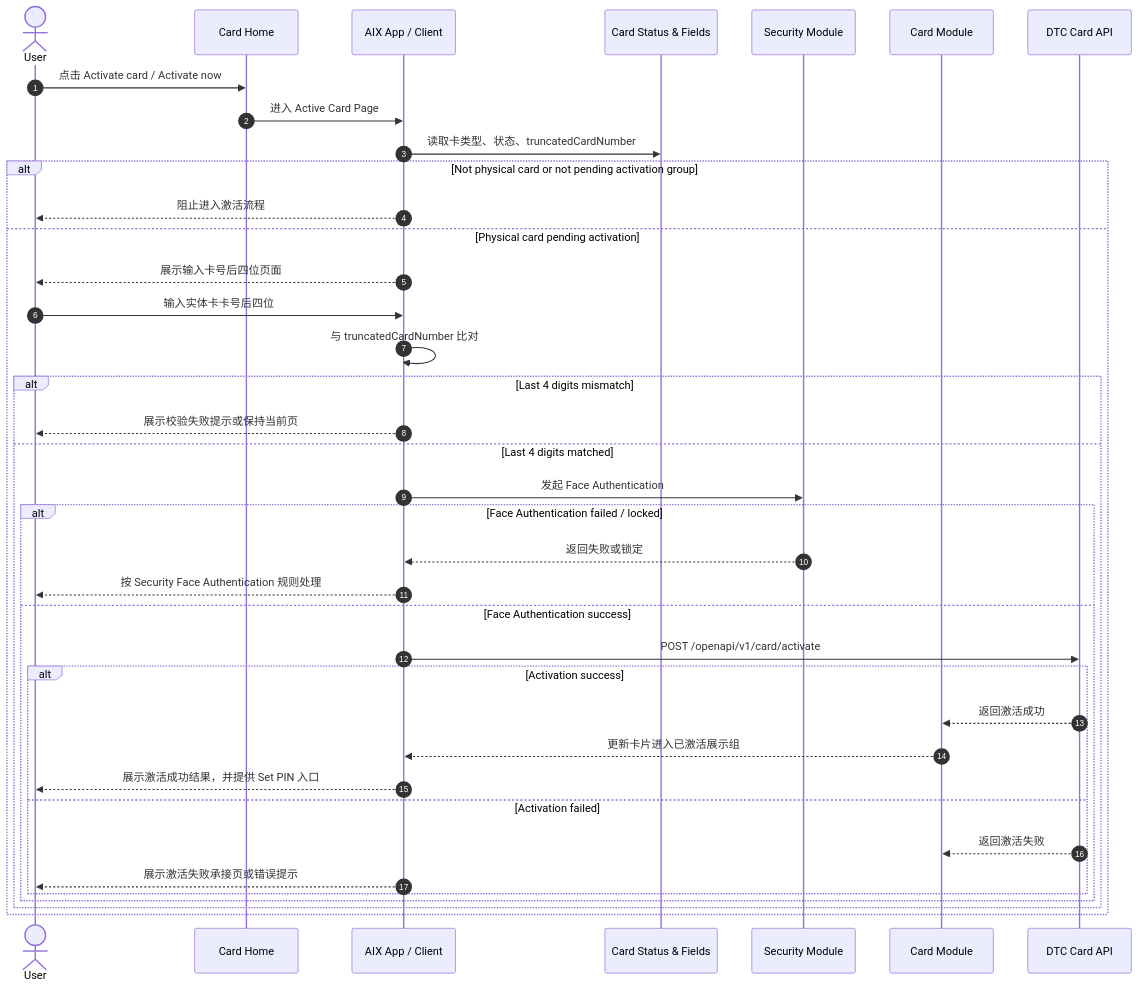
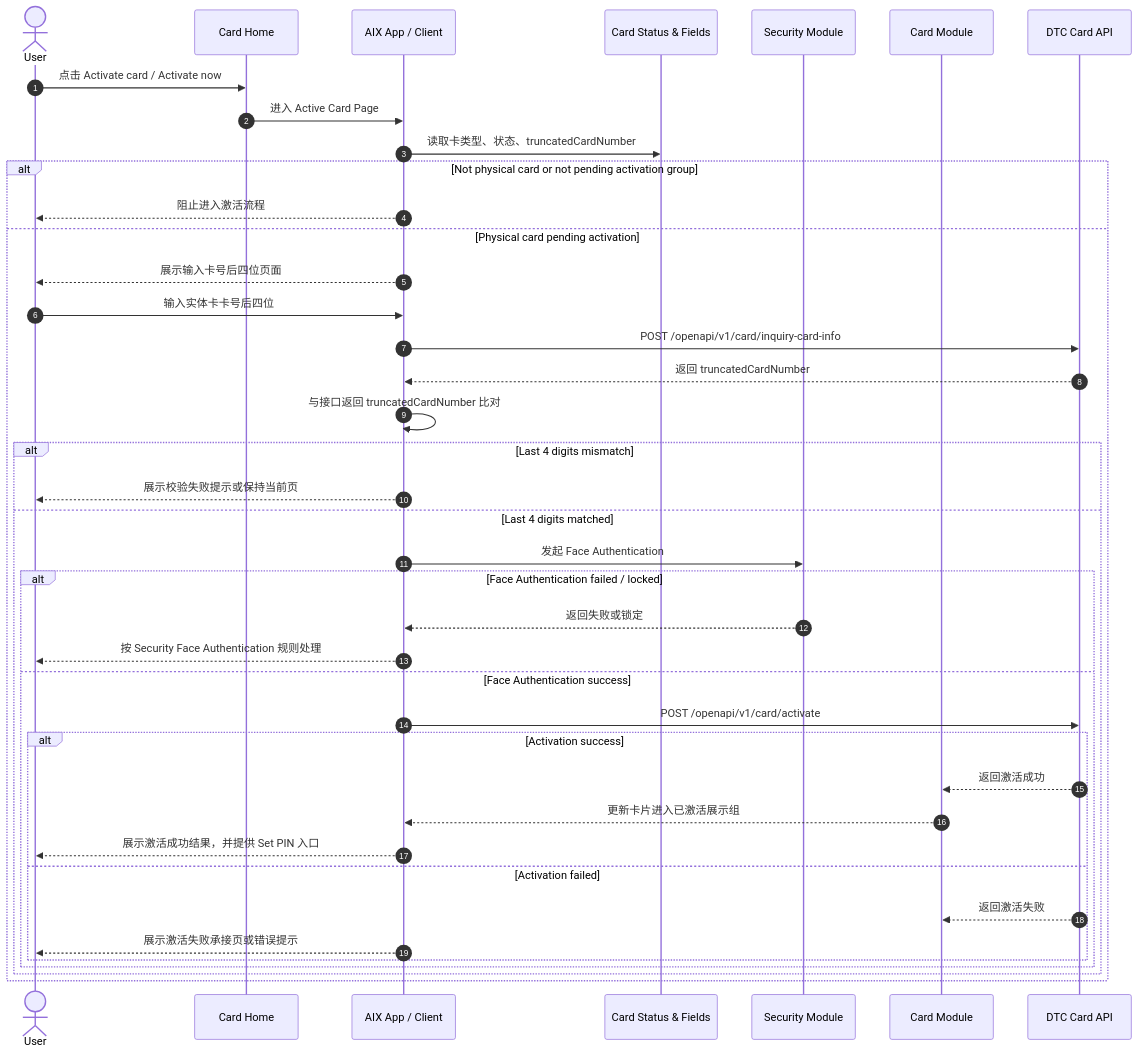
One commit to kelvin381539960-cyber/prd-for-ai changed the first of 2 diagrams in knowledge-base/card/activation.md. Above: the diagram before and after it, drawn with Mermaid. The commit also changed other lines of this file, not shown here.

Commit message:
docs(card): fix activation flow and page rules

````diff
--- a/knowledge-base/card/activation.md
+++ b/knowledge-base/card/activation.md
@@ -59,41 +70,43 @@
 ```mermaid
 sequenceDiagram
     autonumber
     actor User as User
     participant Home as Card Home
     participant Client as AIX App / Client
     participant Status as Card Status & Fields
     participant Security as Security Module
     participant Card as Card Module
     participant DTC as DTC Card API
 
     User->>Home: 点击 Activate card / Activate now
     Home->>Client: 进入 Active Card Page
     Client->>Status: 读取卡类型、状态、truncatedCardNumber
     alt Not physical card or not pending activation group
         Client-->>User: 阻止进入激活流程
     else Physical card pending activation
         Client-->>User: 展示输入卡号后四位页面
         User->>Client: 输入实体卡卡号后四位
-        Client->>Client: 与 truncatedCardNumber 比对
+        Client->>DTC: POST /openapi/v1/card/inquiry-card-info
+        DTC-->>Client: 返回 truncatedCardNumber
+        Client->>Client: 与接口返回 truncatedCardNumber 比对
         alt Last 4 digits mismatch
             Client-->>User: 展示校验失败提示或保持当前页
         else Last 4 digits matched
             Client->>Security: 发起 Face Authentication
             alt Face Authentication failed / locked
                 Security-->>Client: 返回失败或锁定
                 Client-->>User: 按 Security Face Authentication 规则处理
             else Face Authentication success
                 Client->>DTC: POST /openapi/v1/card/activate
                 alt Activation success
                     DTC-->>Card: 返回激活成功
                     Card-->>Client: 更新卡片进入已激活展示组
                     Client-->>User: 展示激活成功结果，并提供 Set PIN 入口
                 else Activation failed
                     DTC-->>Card: 返回激活失败
                     Client-->>User: 展示激活失败承接页或错误提示
                 end
             end
         end
     end
 ```
````
